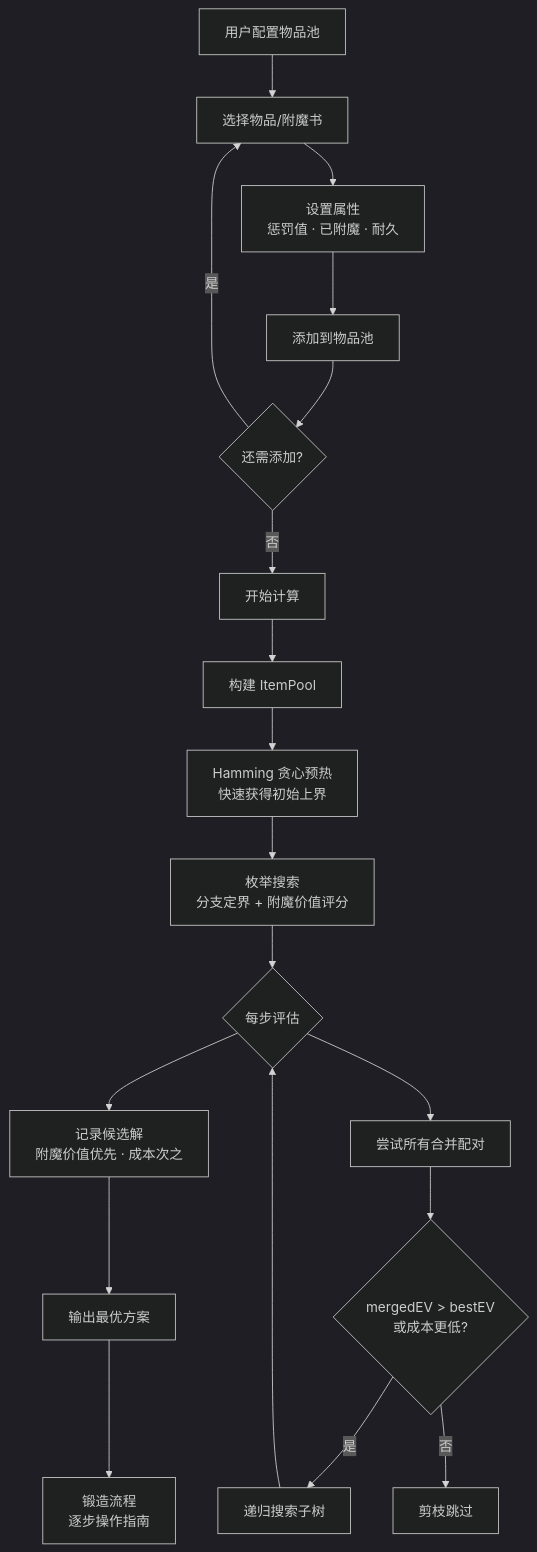
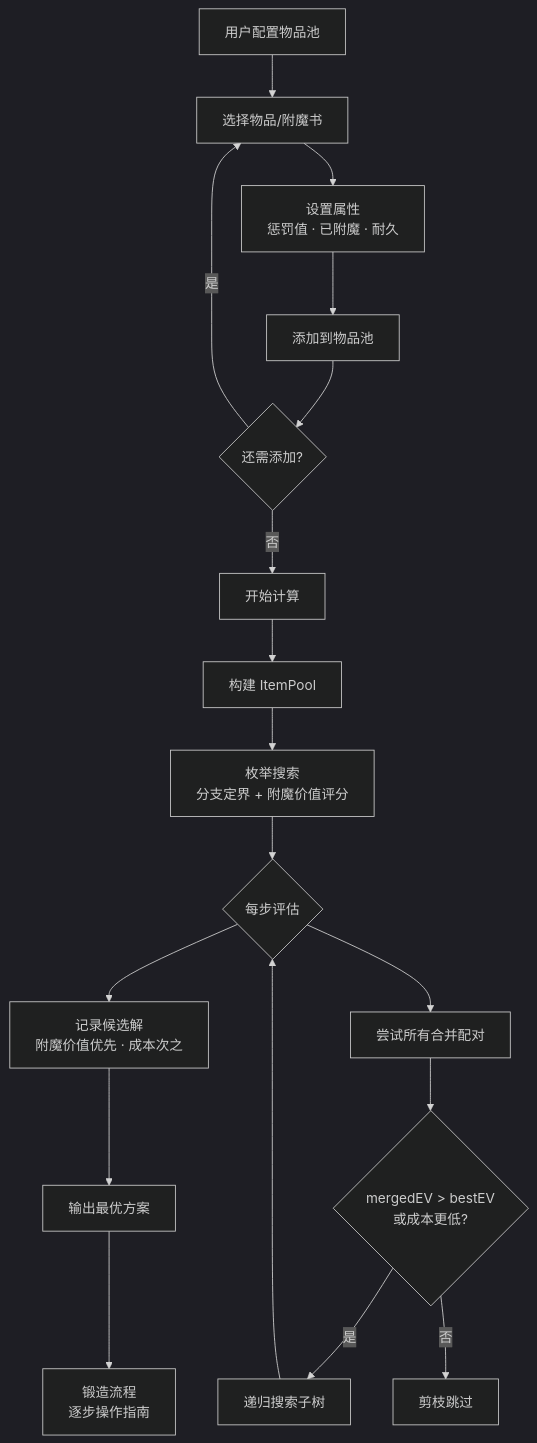
One commit to mciart/best-ench-seq changed the diagram in README.md. Above: the diagram before and after it, drawn with Mermaid (dark theme). The commit also changed other lines of this file and 3 other files, not shown here.

````diff
--- a/README.md
+++ b/README.md
@@ -98,24 +96,23 @@
 ```mermaid
 flowchart TD
     A["用户配置物品池"] --> B["选择物品/附魔书"]
     B --> C["设置属性<br>惩罚值 · 已附魔 · 耐久"]
     C --> D["添加到物品池"]
     D --> E{"还需添加?"}
     E -- 是 --> B
     E -- 否 --> F["开始计算"]
 
     F --> G["构建 ItemPool"]
-    G --> H["Hamming 贪心预热<br>快速获得初始上界"]
-    H --> I["枚举搜索<br>分支定界 + 附魔价值评分"]
+    G --> H["枚举搜索<br>分支定界 + 附魔价值评分"]
 
-    I --> J{"每步评估"}
-    J --> K["记录候选解<br>附魔价值优先 · 成本次之"]
-    J --> L["尝试所有合并配对"]
+    H --> I{"每步评估"}
+    I --> K["记录候选解<br>附魔价值优先 · 成本次之"]
+    I --> L["尝试所有合并配对"]
     L --> M{"mergedEV > bestEV<br>或成本更低?"}
     M -- 是 --> N["递归搜索子树"]
     M -- 否 --> O["剪枝跳过"]
-    N --> J
+    N --> I
 
     K --> P["输出最优方案"]
     P --> Q["锻造流程<br>逐步操作指南"]
 ```
````
